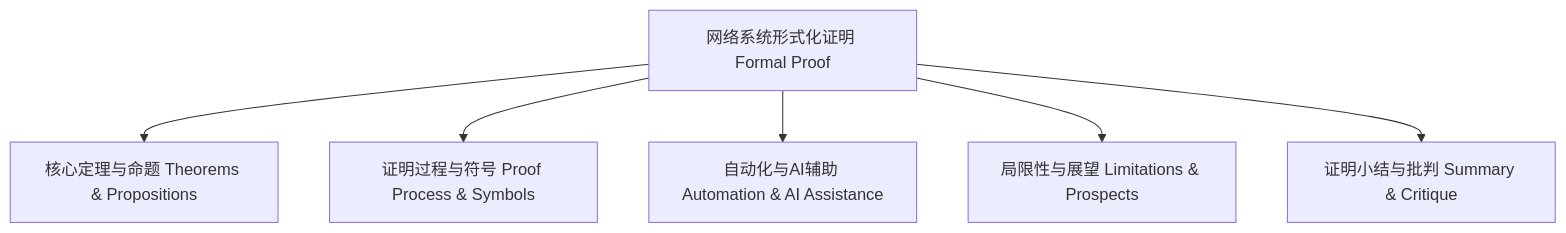
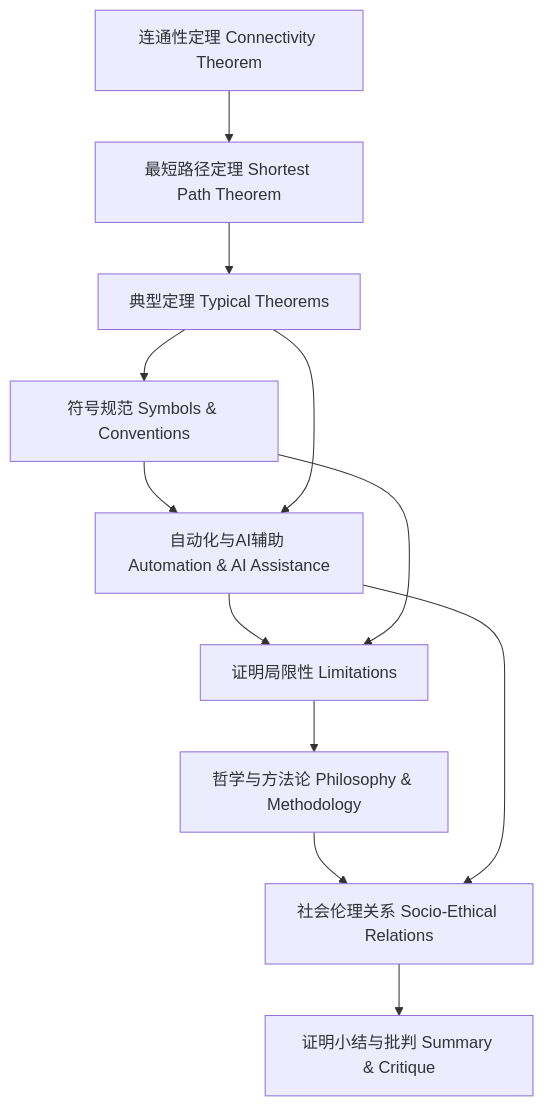
Before and after one commit to AdaMartin18010/SystemOSIOT: the diagram in 8.网络系统/8.4 形式化证明/8.4.8 证明知识图谱.md, drawn with Mermaid. The commit also changed other lines of this file and 20 other files, not shown here.

````diff
--- a/8.网络系统/8.4 形式化证明/8.4.8 证明知识图谱.md
+++ b/8.网络系统/8.4 形式化证明/8.4.8 证明知识图谱.md
@@ -3,14 +38,16 @@
 ```mermaid
-graph TD;
-  D[网络系统形式化证明 Formal Proof]
-  D1[核心定理与命题 Theorems & Propositions]
-  D2[证明过程与符号 Proof Process & Symbols]
-  D3[自动化与AI辅助 Automation & AI Assistance]
-  D4[局限性与展望 Limitations & Prospects]
-  D5[证明小结与批判 Summary & Critique]
-  D --> D1
-  D --> D2
-  D --> D3
-  D --> D4
-  D --> D5
+graph TD
+  A[连通性定理 Connectivity Theorem]
+  B[最短路径定理 Shortest Path Theorem]
+  C[典型定理 Typical Theorems]
+  D[符号规范 Symbols & Conventions]
+  E[自动化与AI辅助 Automation & AI Assistance]
+  F[证明局限性 Limitations]
+  G[哲学与方法论 Philosophy & Methodology]
+  H[社会伦理关系 Socio-Ethical Relations]
+  I[证明小结与批判 Summary & Critique]
+  A --> B --> C --> D --> E --> F --> G --> H --> I
+  C --> E
+  D --> F
+  E --> H
 ```
````
